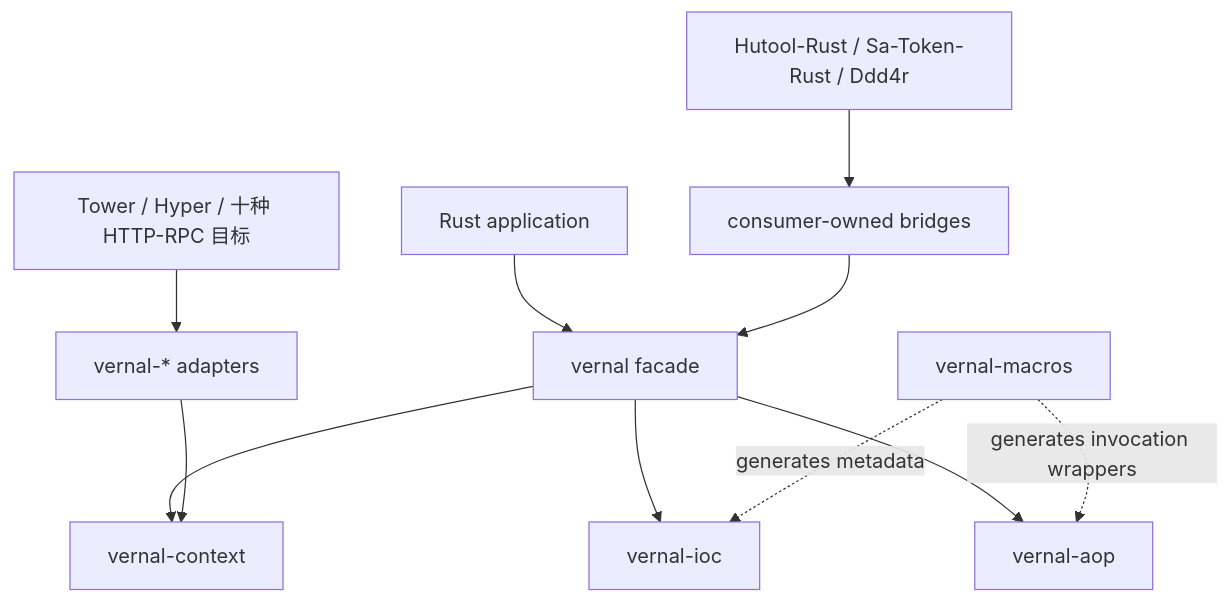
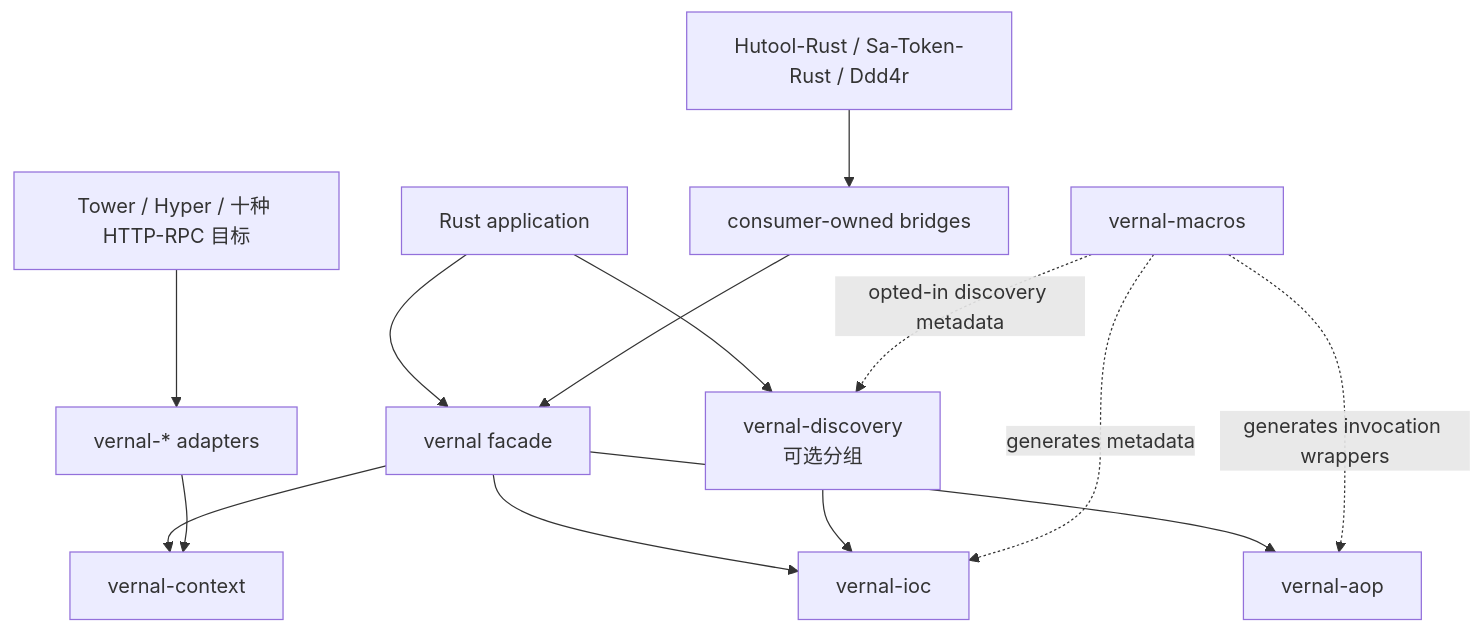
One commit to easy-4-rust/vernal changed the second of 27 diagrams in docs/Vernal-Architecture.zh_CN.md. Above: the diagram before and after it, drawn with Mermaid. The commit also changed other lines of this file and 25 other files, not shown here.

````diff
--- a/docs/Vernal-Architecture.zh_CN.md
+++ b/docs/Vernal-Architecture.zh_CN.md
@@ -182,13 +186,16 @@
 ```mermaid
 flowchart TB
     App["Rust application"] --> Facade["vernal facade"]
     Facade --> Context["vernal-context"]
     Facade --> IoC["vernal-ioc"]
     Facade --> AOP["vernal-aop"]
+    App --> Discovery["vernal-discovery<br/>可选分组"]
+    Discovery --> IoC
     Macros["vernal-macros"] -. generates metadata .-> IoC
+    Macros -. opted-in discovery metadata .-> Discovery
     Macros -. generates invocation wrappers .-> AOP
     Web["Tower / Hyper / 十种 HTTP-RPC 目标"] --> Adapters["vernal-* adapters"]
     Adapters --> Context
     Consumers["Hutool-Rust / Sa-Token-Rust / Ddd4r"] --> Bridges["consumer-owned bridges"]
     Bridges --> Facade
 ```
````
